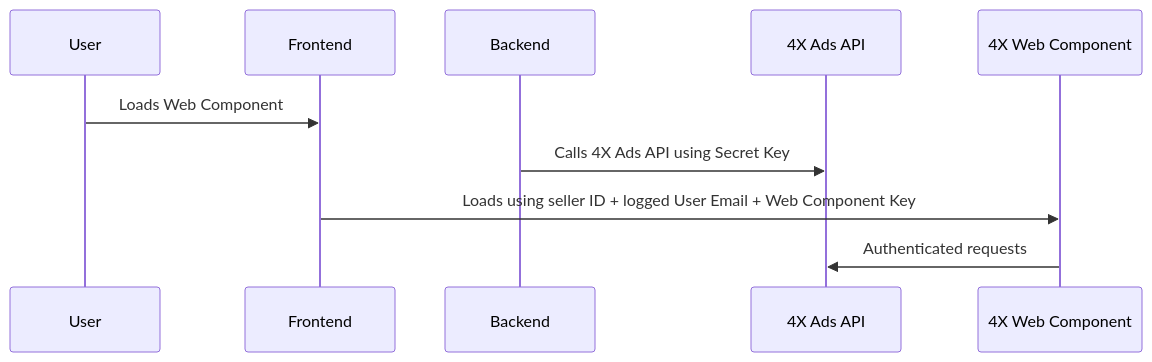
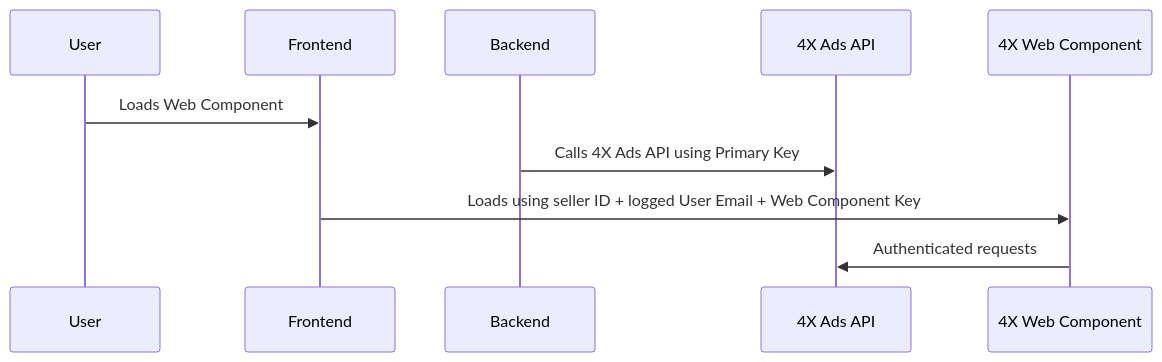
Before and after one commit to 4XDigital/four-x-integration-samples: the diagram in README.md, drawn with Mermaid. The commit also changed other lines of this file, not shown here.

````diff
--- a/README.md
+++ b/README.md
@@ -49,13 +49,13 @@
 ```mermaid
 sequenceDiagram
   participant User
   participant Frontend
   participant Backend
   participant 4X Ads API
   participant 4X Web Component
 
   User->>Frontend: Loads Web Component
-  Backend->>4X Ads API: Calls 4X Ads API using Secret Key
+  Backend->>4X Ads API: Calls 4X Ads API using Primary Key
   Frontend->>4X Web Component: Loads using seller ID + logged User Email + Web Component Key
   4X Web Component->>4X Ads API: Authenticated requests
 ```
````
